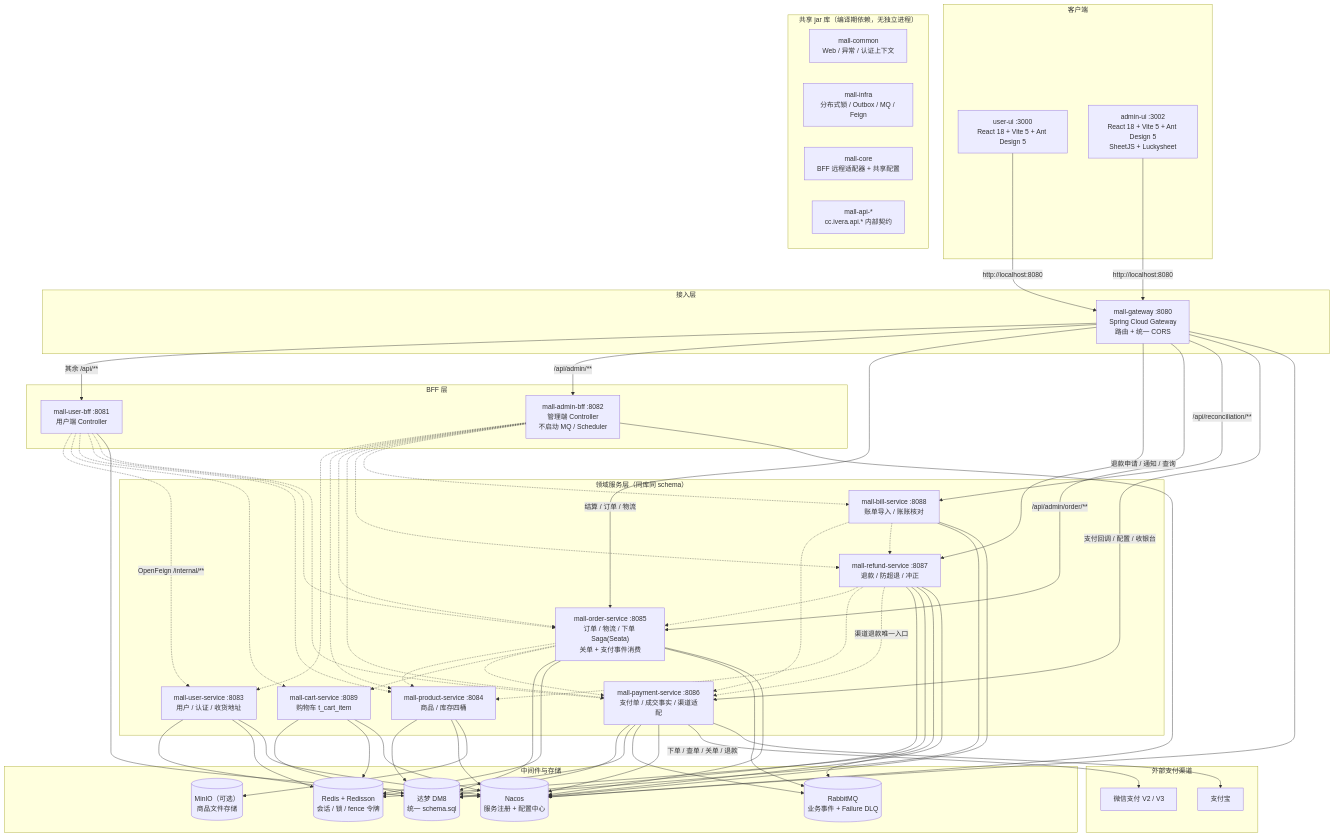
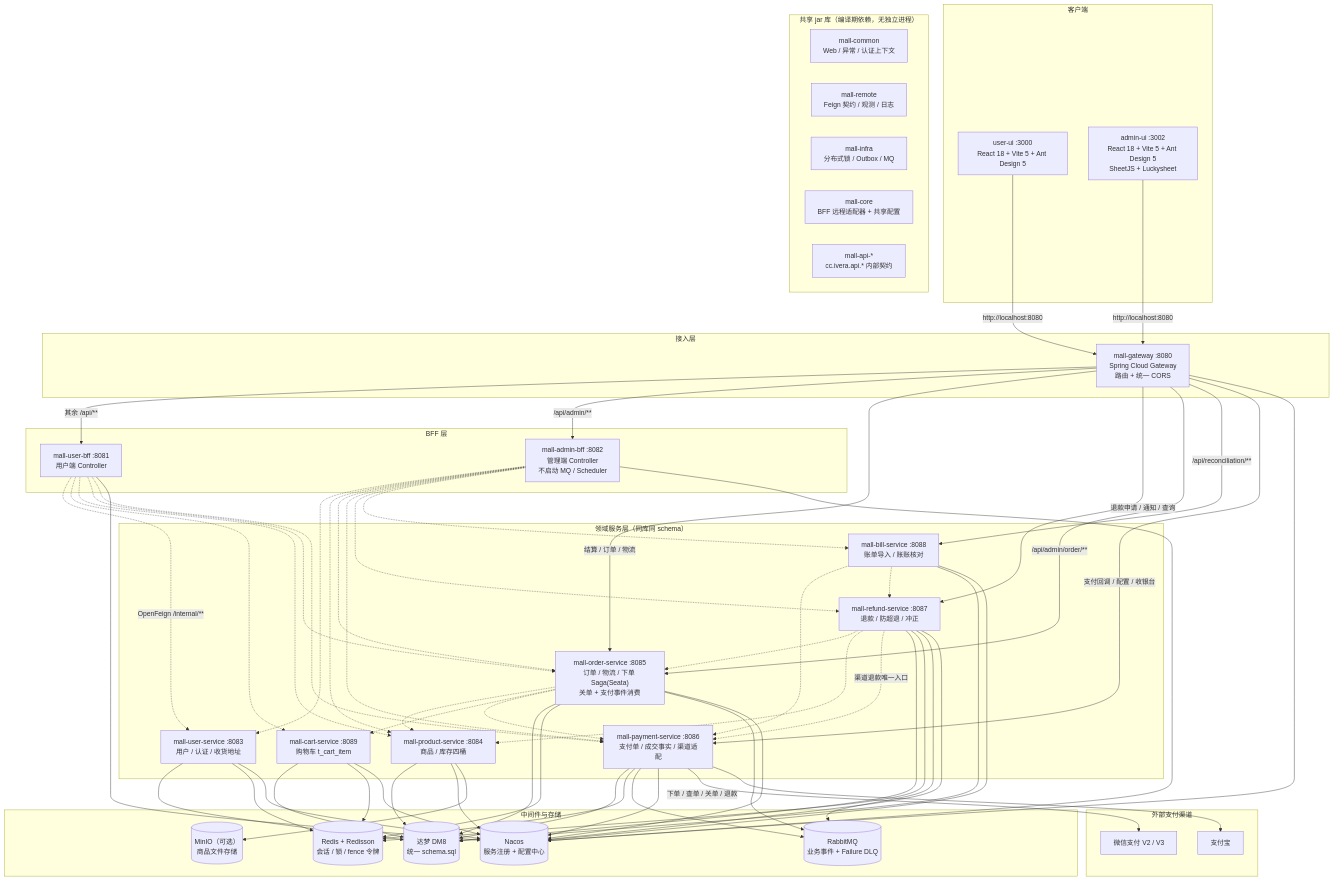
The first of 12 diagrams in README.md (cpc-lib/mall), drawn with Mermaid before and after one commit. The commit also changed other lines of this file and 20 other files, not shown here.

First line of the commit message:
refactor: 拆分 mall-remote 让 BFF 无状态化

```diff
--- a/README.md
+++ b/README.md
@@ -973,7 +974,8 @@
 
     subgraph LIBS["共享 jar 库（编译期依赖，无独立进程）"]
         COMMON["mall-common<br/>Web / 异常 / 认证上下文"]
-        INFRA["mall-infra<br/>分布式锁 / Outbox / MQ / Feign"]
+        REMOTE["mall-remote<br/>Feign 契约 / 观测 / 日志"]
+        INFRA["mall-infra<br/>分布式锁 / Outbox / MQ"]
         CORE["mall-core<br/>BFF 远程适配器 + 共享配置"]
         APIS["mall-api-*<br/>cc.ivera.api.* 内部契约"]
     end
```
